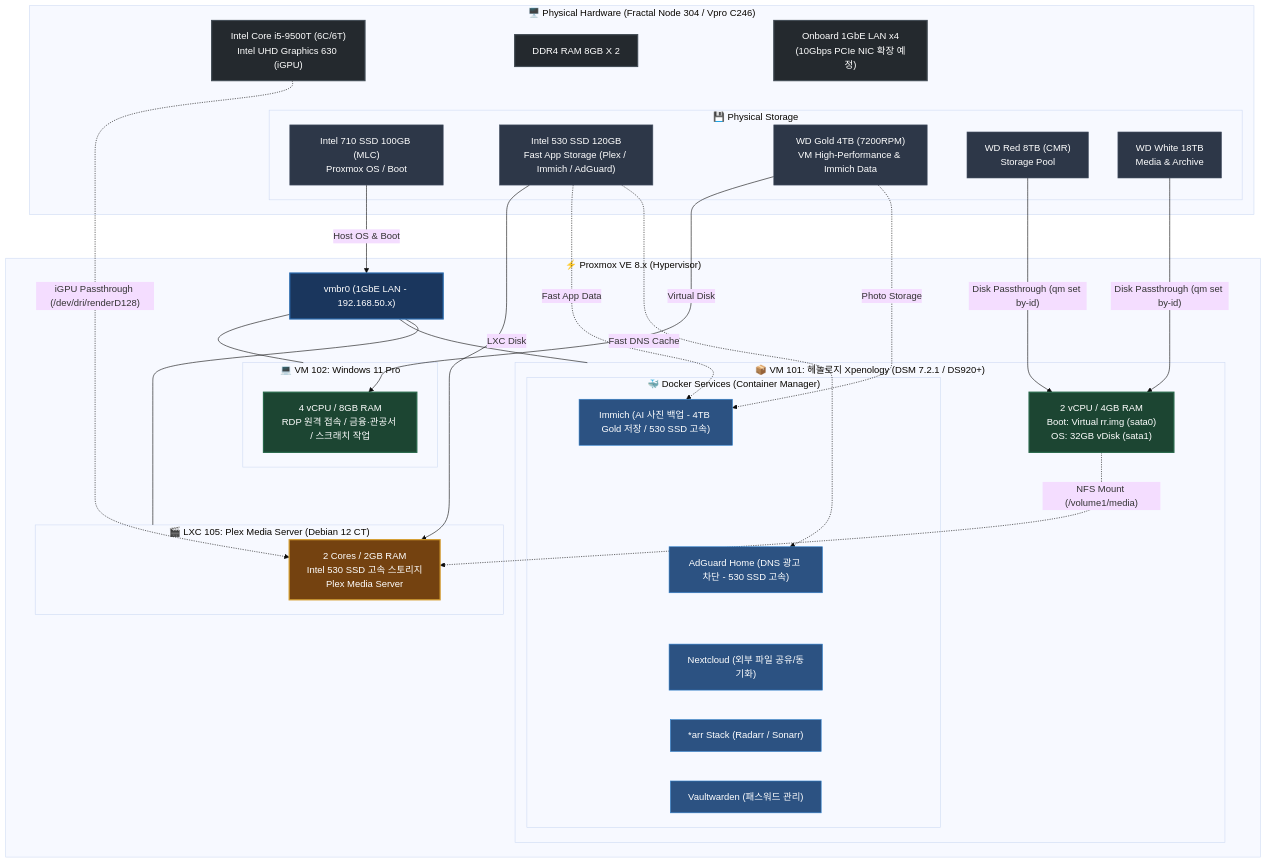
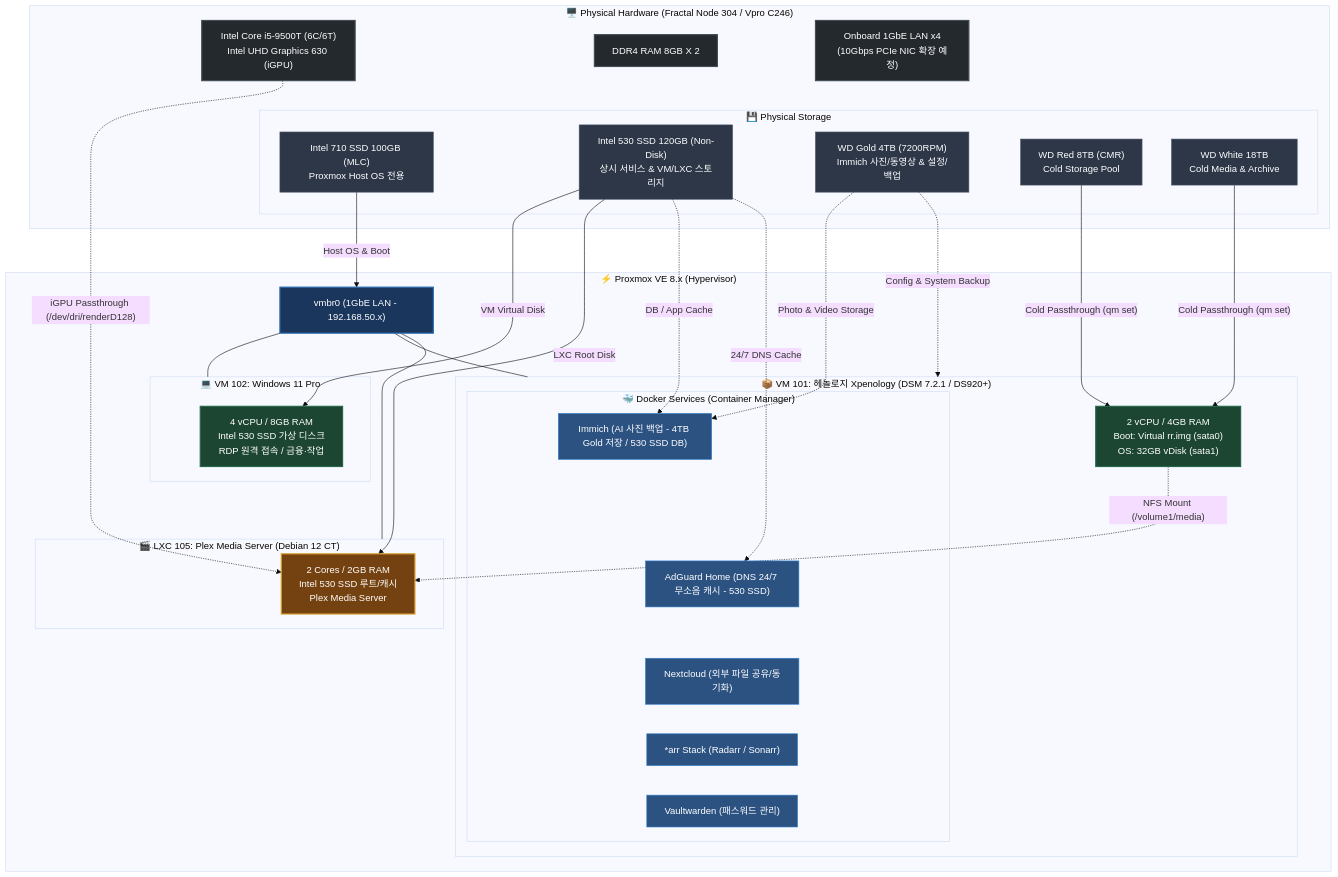
One commit to waceh/nas changed the diagram in README.md. Above: the diagram before and after it, drawn with Mermaid (base theme). The commit also changed other lines of this file and 1 other file, not shown here.

Commit message:
docs: 스토리지 티어별 역할 상세화 (710 Host 전용, 530 Non-Disk 상시서비스/VM, Gold 사진/백업, Cold Red/White)

```diff
--- a/README.md
+++ b/README.md
@@ -30,11 +30,11 @@
         NIC["Onboard 1GbE LAN x4<br/>(10Gbps PCIe NIC 확장 예정)"]:::hw
         
         subgraph Disks["💾 Physical Storage"]
-            SSD_710["Intel 710 SSD 100GB (MLC)<br/>Proxmox OS / Boot"]:::disk
-            SSD_530["Intel 530 SSD 120GB<br/>Fast App Storage (Plex / Immich / AdGuard)"]:::disk
-            WD_Gold["WD Gold 4TB (7200RPM)<br/>VM High-Performance & Immich Data"]:::disk
-            WD_Red["WD Red 8TB (CMR)<br/>Storage Pool"]:::disk
-            WD_White["WD White 18TB<br/>Media & Archive"]:::disk
+            SSD_710["Intel 710 SSD 100GB (MLC)<br/>Proxmox Host OS 전용"]:::disk
+            SSD_530["Intel 530 SSD 120GB (Non-Disk)<br/>상시 서비스 & VM/LXC 스토리지"]:::disk
+            WD_Gold["WD Gold 4TB (7200RPM)<br/>Immich 사진/동영상 & 설정/백업"]:::disk
+            WD_Red["WD Red 8TB (CMR)<br/>Cold Storage Pool"]:::disk
+            WD_White["WD White 18TB<br/>Cold Media & Archive"]:::disk
         end
     end
 
@@ -44,7 +44,7 @@
         
         %% VM 102: Windows 11
         subgraph VM102["💻 VM 102: Windows 11 Pro"]
-            WIN_SPEC["4 vCPU / 8GB RAM<br/>RDP 원격 접속 / 금융·관공서 / 스크래치 작업"]:::vm
+            WIN_SPEC["4 vCPU / 8GB RAM<br/>Intel 530 SSD 가상 디스크<br/>RDP 원격 접속 / 금융·작업"]:::vm
         end
 
         %% VM 101: Xpenology
@@ -52,8 +52,8 @@
             NAS_SPEC["2 vCPU / 4GB RAM<br/>Boot: Virtual rr.img (sata0)<br/>OS: 32GB vDisk (sata1)"]:::vm
             
             subgraph Docker["🐳 Docker Services (Container Manager)"]
-                D2["Immich (AI 사진 백업 - 4TB Gold 저장 / 530 SSD 고속)"]:::docker
-                D4["AdGuard Home (DNS 광고 차단 - 530 SSD 고속)"]:::docker
+                D2["Immich (AI 사진 백업 - 4TB Gold 저장 / 530 SSD DB)"]:::docker
+                D4["AdGuard Home (DNS 24/7 무소음 캐시 - 530 SSD)"]:::docker
                 D1["Nextcloud (외부 파일 공유/동기화)"]:::docker
                 D3["*arr Stack (Radarr / Sonarr)"]:::docker
                 D5["Vaultwarden (패스워드 관리)"]:::docker
@@ -67,7 +67,7 @@
 
         %% LXC 105: Plex
         subgraph LXC105["🎬 LXC 105: Plex Media Server (Debian 12 CT)"]
-            PLEX_SPEC["2 Cores / 2GB RAM<br/>Intel 530 SSD 고속 스토리지<br/>Plex Media Server"]:::lxc
+            PLEX_SPEC["2 Cores / 2GB RAM<br/>Intel 530 SSD 루트/캐시<br/>Plex Media Server"]:::lxc
         end
     end
 
@@ -78,13 +78,14 @@
 
     %% Storage & Passthrough Links
     SSD_710 -->|"Host OS & Boot"| VMBR0
-    SSD_530 -->|"LXC Disk"| PLEX_SPEC
-    SSD_530 -.->|"Fast App Data"| D2
-    SSD_530 -.->|"Fast DNS Cache"| D4
-    WD_Gold -->|"Virtual Disk"| WIN_SPEC
-    WD_Gold -.->|"Photo Storage"| D2
-    WD_Red -->|"Disk Passthrough (qm set by-id)"| NAS_SPEC
-    WD_White -->|"Disk Passthrough (qm set by-id)"| NAS_SPEC
+    SSD_530 -->|"VM Virtual Disk"| WIN_SPEC
+    SSD_530 -->|"LXC Root Disk"| PLEX_SPEC
+    SSD_530 -.->|"DB / App Cache"| D2
+    SSD_530 -.->|"24/7 DNS Cache"| D4
+    WD_Gold -.->|"Photo & Video Storage"| D2
+    WD_Gold -.->|"Config & System Backup"| VM101
+    WD_Red -->|"Cold Passthrough (qm set)"| NAS_SPEC
+    WD_White -->|"Cold Passthrough (qm set)"| NAS_SPEC
     
     %% Hardware Acceleration
     CPU -.->|"iGPU Passthrough (/dev/dri/renderD128)"| PLEX_SPEC
```
